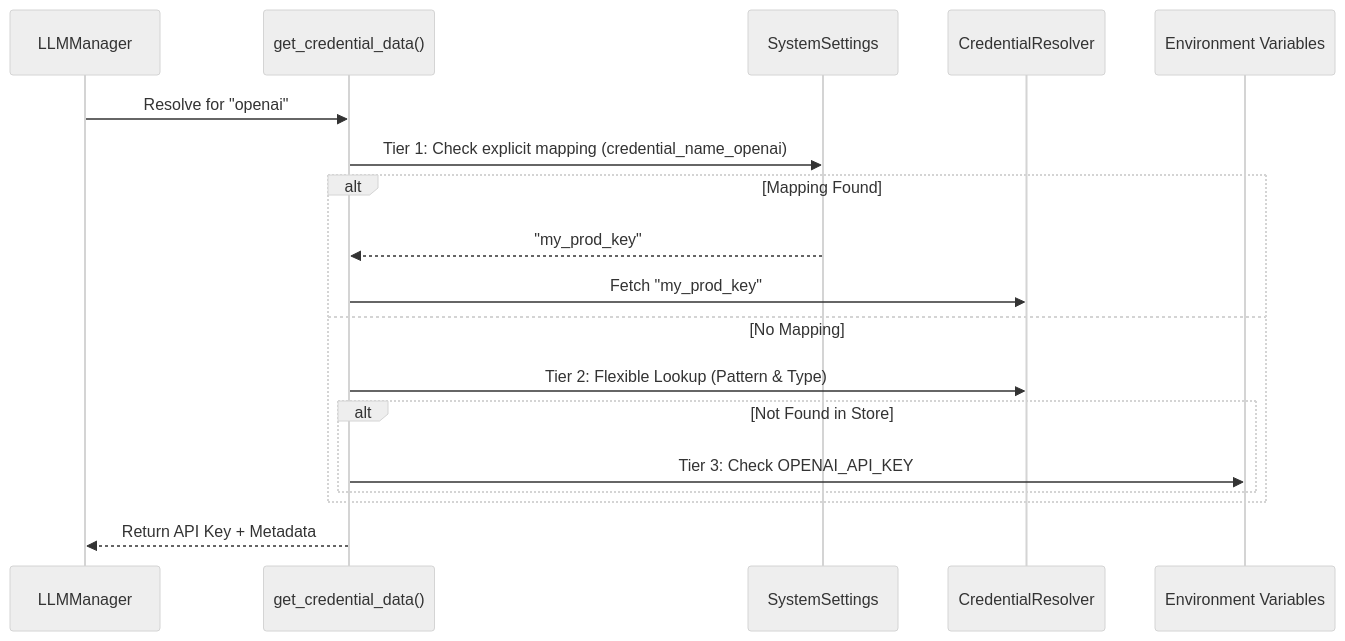
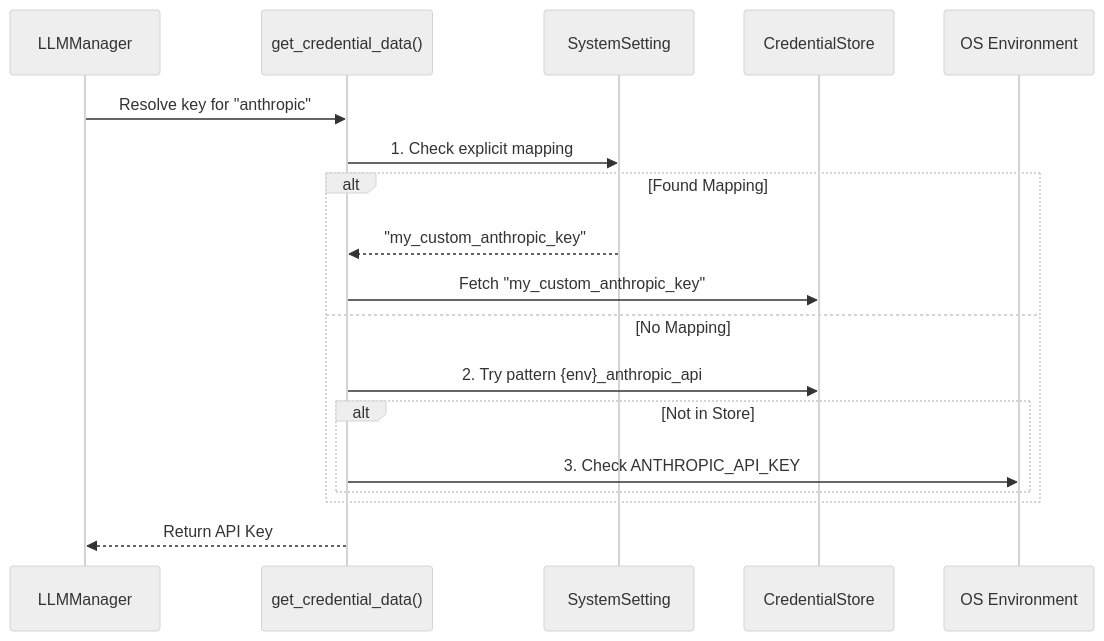
One commit to AutomatosAI/automatos-ai changed the second of 2 diagrams in docs/agents/llm-provider-management.md. Above: the diagram before and after it, drawn with Mermaid (neutral theme). The commit also changed other lines of this file and 153 other files, not shown here.

````diff
--- a/docs/agents/llm-provider-management.md
+++ b/docs/agents/llm-provider-management.md
@@ -167,21 +105,21 @@
 ```mermaid
 sequenceDiagram
     participant Manager as LLMManager
     participant Resolver as get_credential_data()
-    participant Settings as SystemSettings
-    participant Creds as CredentialResolver
-    participant Env as Environment Variables
+    participant DB as SystemSetting
+    participant Store as CredentialStore
+    participant Env as OS Environment
 
-    Manager->>Resolver: Resolve for "openai"
-    Resolver->>Settings: Tier 1: Check explicit mapping (credential_name_openai)
-    alt Mapping Found
-        Settings-->>Resolver: "my_prod_key"
-        Resolver->>Creds: Fetch "my_prod_key"
+    Manager->>Resolver: Resolve key for "anthropic"
+    Resolver->>DB: 1. Check explicit mapping
+    alt Found Mapping
+        DB-->>Resolver: "my_custom_anthropic_key"
+        Resolver->>Store: Fetch "my_custom_anthropic_key"
     else No Mapping
-        Resolver->>Creds: Tier 2: Flexible Lookup (Pattern & Type)
-        alt Not Found in Store
-            Resolver->>Env: Tier 3: Check OPENAI_API_KEY
+        Resolver->>Store: 2. Try pattern {env}_anthropic_api
+        alt Not in Store
+            Resolver->>Env: 3. Check ANTHROPIC_API_KEY
         end
     end
-    Resolver-->>Manager: Return API Key + Metadata
+    Resolver-->>Manager: Return API Key
 ```
````
